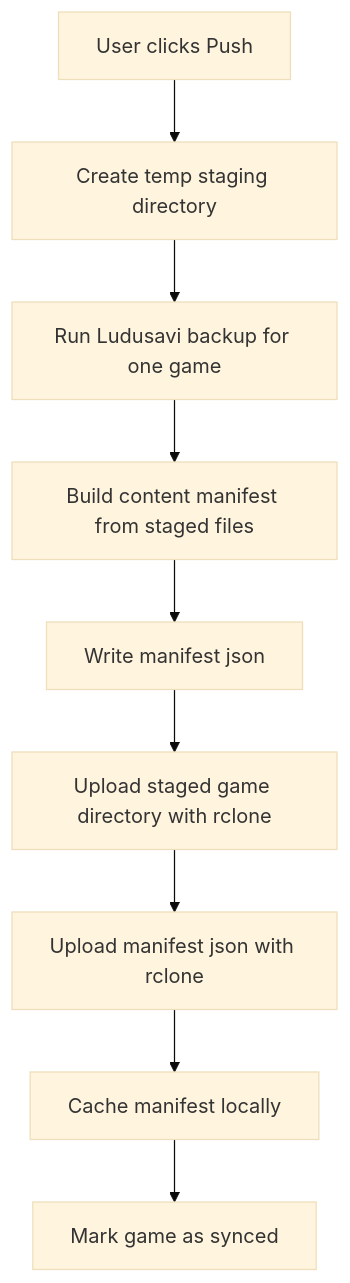
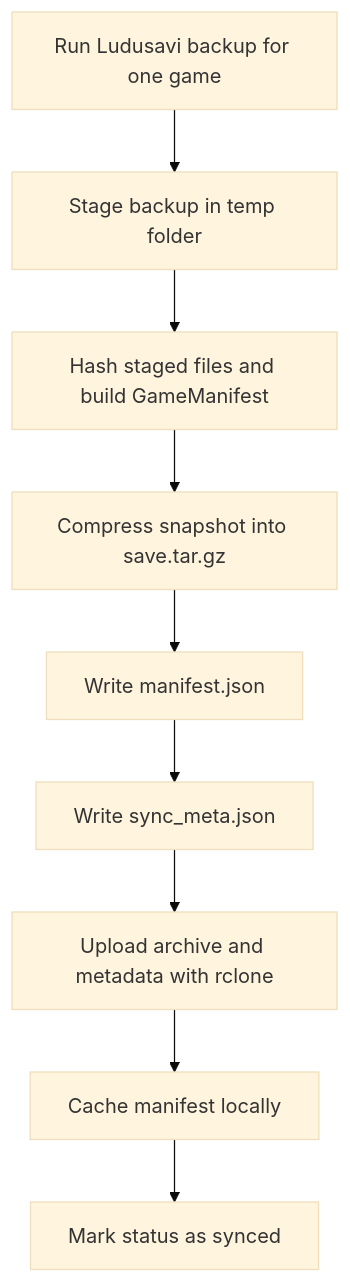
One commit to d1p/savesync changed the third of 5 diagrams in docs/USER_GUIDE.md. Above: the diagram before and after it, drawn with Mermaid (base theme). The commit also changed other lines of this file and 9 other files, not shown here.

````diff
--- a/docs/USER_GUIDE.md
+++ b/docs/USER_GUIDE.md
@@ -89,11 +125,11 @@
 ```mermaid
 flowchart TD
-    A[User clicks Push] --> B[Create temp staging directory]
-    B --> C[Run Ludusavi backup for one game]
-    C --> D[Build content manifest from staged files]
-    D --> E[Write manifest json]
-    E --> F[Upload staged game directory with rclone]
-    F --> G[Upload manifest json with rclone]
+    A[Run Ludusavi backup for one game] --> B[Stage backup in temp folder]
+    B --> C[Hash staged files and build GameManifest]
+    C --> D[Compress snapshot into save.tar.gz]
+    D --> E[Write manifest.json]
+    E --> F[Write sync_meta.json]
+    F --> G[Upload archive and metadata with rclone]
     G --> H[Cache manifest locally]
-    H --> I[Mark game as synced]
+    H --> I[Mark status as synced]
 ```
````
